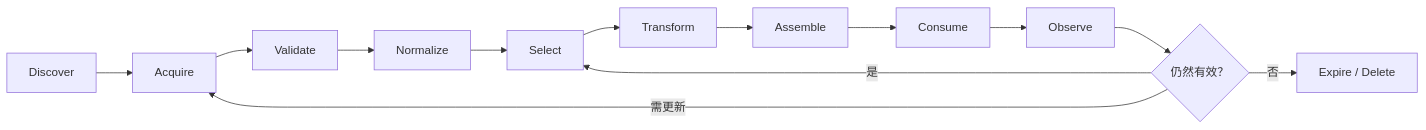
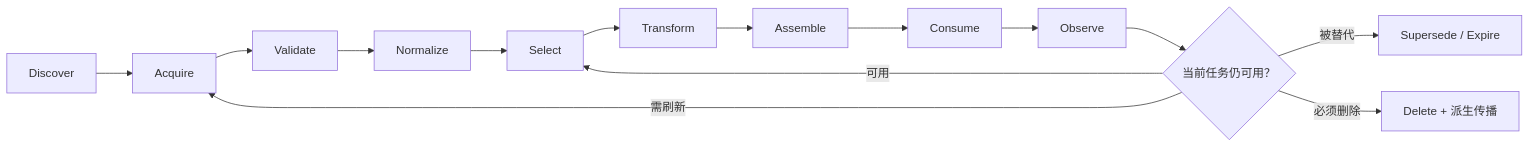
Before and after one commit to nowhere-man/agents-from-scratch: the diagram in context-engineering/02-context-lifecycle.md, drawn with Mermaid. The commit also changed other lines of this file and 12 other files, not shown here.

````diff
--- a/context-engineering/02-context-lifecycle.md
+++ b/context-engineering/02-context-lifecycle.md
@@ -23,15 +154,16 @@
 ```mermaid
 flowchart LR
     A["Discover"] --> B["Acquire"]
     B --> C["Validate"]
     C --> D["Normalize"]
     D --> E["Select"]
     E --> F["Transform"]
     F --> G["Assemble"]
     G --> H["Consume"]
     H --> I["Observe"]
-    I --> J{"仍然有效？"}
-    J -->|是| E
-    J -->|需更新| B
-    J -->|否| K["Expire / Delete"]
+    I --> J{"当前任务仍可用？"}
+    J -->|可用| E
+    J -->|需刷新| B
+    J -->|被替代| K["Supersede / Expire"]
+    J -->|必须删除| L["Delete + 派生传播"]
 ```
````
